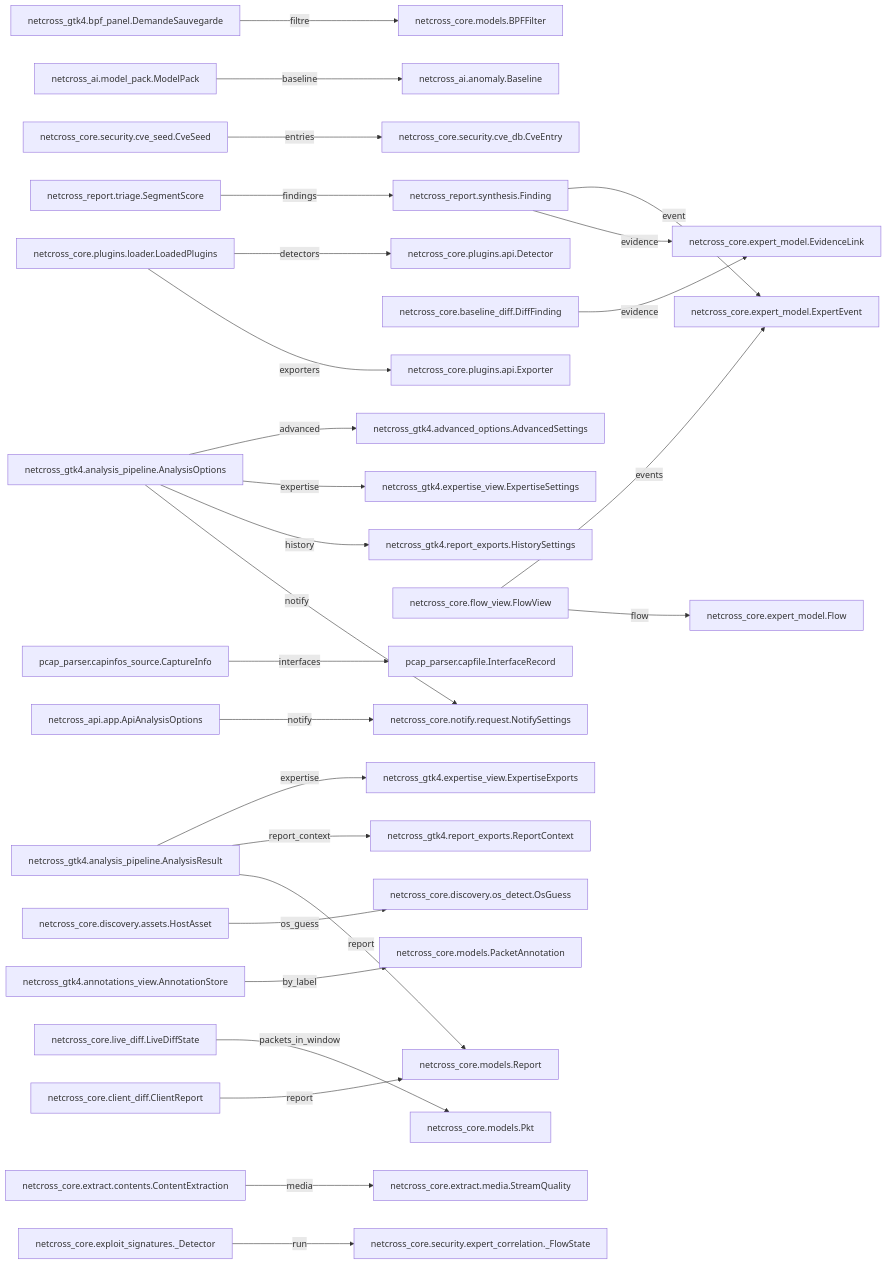
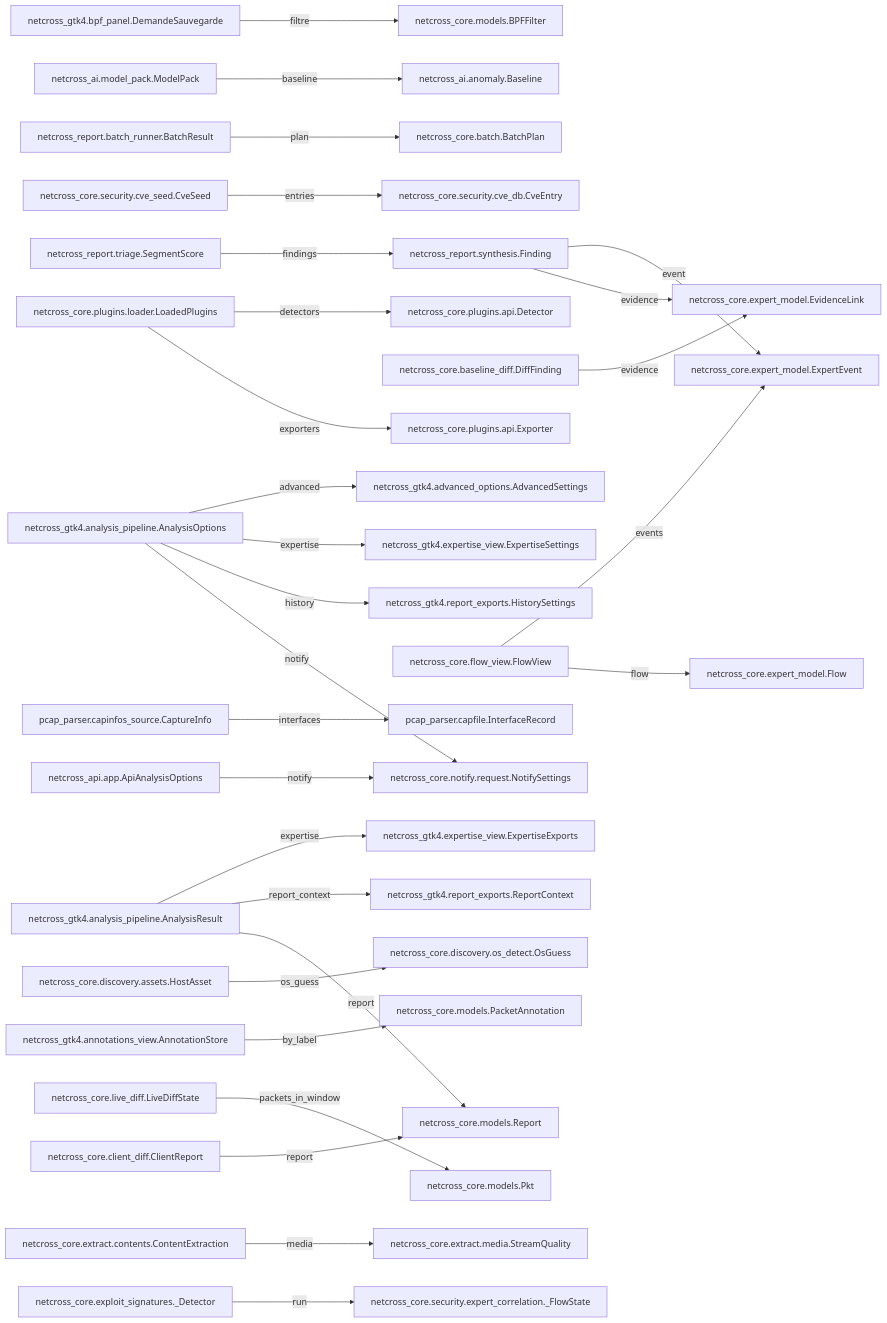
The second of 19 diagrams in docs/class-diagram.md (Mathide-Team/Netcross), drawn with Mermaid before and after one commit. The commit also changed other lines of this file and 10 other files, not shown here.

Commit message:
feat(#872): lots de captures dans l'API -- POST /batches, moteur commun netcross_report.batch_runner

````diff
--- a/docs/class-diagram.md
+++ b/docs/class-diagram.md
@@ -57,68 +57,71 @@
 ```mermaid
 flowchart LR
     AdvancedSettings["netcross_gtk4.advanced_options.AdvancedSettings"]
     AnalysisOptions["netcross_gtk4.analysis_pipeline.AnalysisOptions"]
     AnalysisResult["netcross_gtk4.analysis_pipeline.AnalysisResult"]
     AnnotationStore["netcross_gtk4.annotations_view.AnnotationStore"]
     ApiAnalysisOptions["netcross_api.app.ApiAnalysisOptions"]
     BPFFilter["netcross_core.models.BPFFilter"]
     Baseline["netcross_ai.anomaly.Baseline"]
+    BatchPlan["netcross_core.batch.BatchPlan"]
+    BatchResult["netcross_report.batch_runner.BatchResult"]
     CaptureInfo["pcap_parser.capinfos_source.CaptureInfo"]
     ClientReport["netcross_core.client_diff.ClientReport"]
     ContentExtraction["netcross_core.extract.contents.ContentExtraction"]
     CveEntry["netcross_core.security.cve_db.CveEntry"]
     CveSeed["netcross_core.security.cve_seed.CveSeed"]
     DemandeSauvegarde["netcross_gtk4.bpf_panel.DemandeSauvegarde"]
     Detector["netcross_core.plugins.api.Detector"]
     DiffFinding["netcross_core.baseline_diff.DiffFinding"]
     EvidenceLink["netcross_core.expert_model.EvidenceLink"]
     ExpertEvent["netcross_core.expert_model.ExpertEvent"]
     ExpertiseExports["netcross_gtk4.expertise_view.ExpertiseExports"]
     ExpertiseSettings["netcross_gtk4.expertise_view.ExpertiseSettings"]
     Exporter["netcross_core.plugins.api.Exporter"]
     Finding["netcross_report.synthesis.Finding"]
     FlowView["netcross_core.flow_view.FlowView"]
     Flow["netcross_core.expert_model.Flow"]
     HistorySettings["netcross_gtk4.report_exports.HistorySettings"]
     HostAsset["netcross_core.discovery.assets.HostAsset"]
     InterfaceRecord["pcap_parser.capfile.InterfaceRecord"]
     LiveDiffState["netcross_core.live_diff.LiveDiffState"]
     LoadedPlugins["netcross_core.plugins.loader.LoadedPlugins"]
     ModelPack["netcross_ai.model_pack.ModelPack"]
     NotifySettings["netcross_core.notify.request.NotifySettings"]
     OsGuess["netcross_core.discovery.os_detect.OsGuess"]
     PacketAnnotation["netcross_core.models.PacketAnnotation"]
     Pkt["netcross_core.models.Pkt"]
     ReportContext["netcross_gtk4.report_exports.ReportContext"]
     Report["netcross_core.models.Report"]
     SegmentScore["netcross_report.triage.SegmentScore"]
     StreamQuality["netcross_core.extract.media.StreamQuality"]
     _Detector["netcross_core.exploit_signatures._Detector"]
     netcross_core_security_expert_correlation__FlowState["netcross_core.security.expert_correlation._FlowState"]
     AnalysisOptions -->|advanced| AdvancedSettings
     AnalysisOptions -->|expertise| ExpertiseSettings
     AnalysisOptions -->|history| HistorySettings
     AnalysisOptions -->|notify| NotifySettings
     AnalysisResult -->|expertise| ExpertiseExports
     AnalysisResult -->|report_context| ReportContext
     AnalysisResult -->|report| Report
     AnnotationStore -->|by_label| PacketAnnotation
     ApiAnalysisOptions -->|notify| NotifySettings
+    BatchResult -->|plan| BatchPlan
     CaptureInfo -->|interfaces| InterfaceRecord
     ClientReport -->|report| Report
     ContentExtraction -->|media| StreamQuality
     CveSeed -->|entries| CveEntry
     DemandeSauvegarde -->|filtre| BPFFilter
     DiffFinding -->|evidence| EvidenceLink
     Finding -->|event| ExpertEvent
     Finding -->|evidence| EvidenceLink
     FlowView -->|events| ExpertEvent
     FlowView -->|flow| Flow
     HostAsset -->|os_guess| OsGuess
     LiveDiffState -->|packets_in_window| Pkt
     LoadedPlugins -->|detectors| Detector
     LoadedPlugins -->|exporters| Exporter
     ModelPack -->|baseline| Baseline
     SegmentScore -->|findings| Finding
     _Detector -->|run| netcross_core_security_expert_correlation__FlowState
 ```
````
